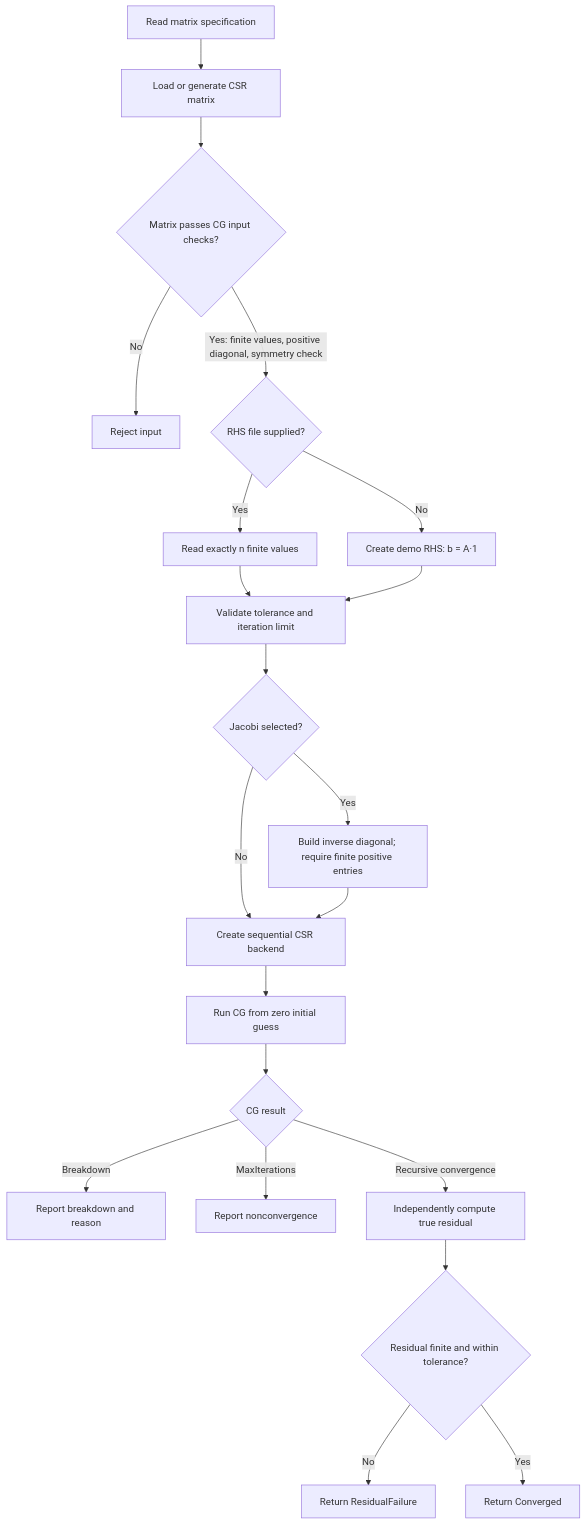
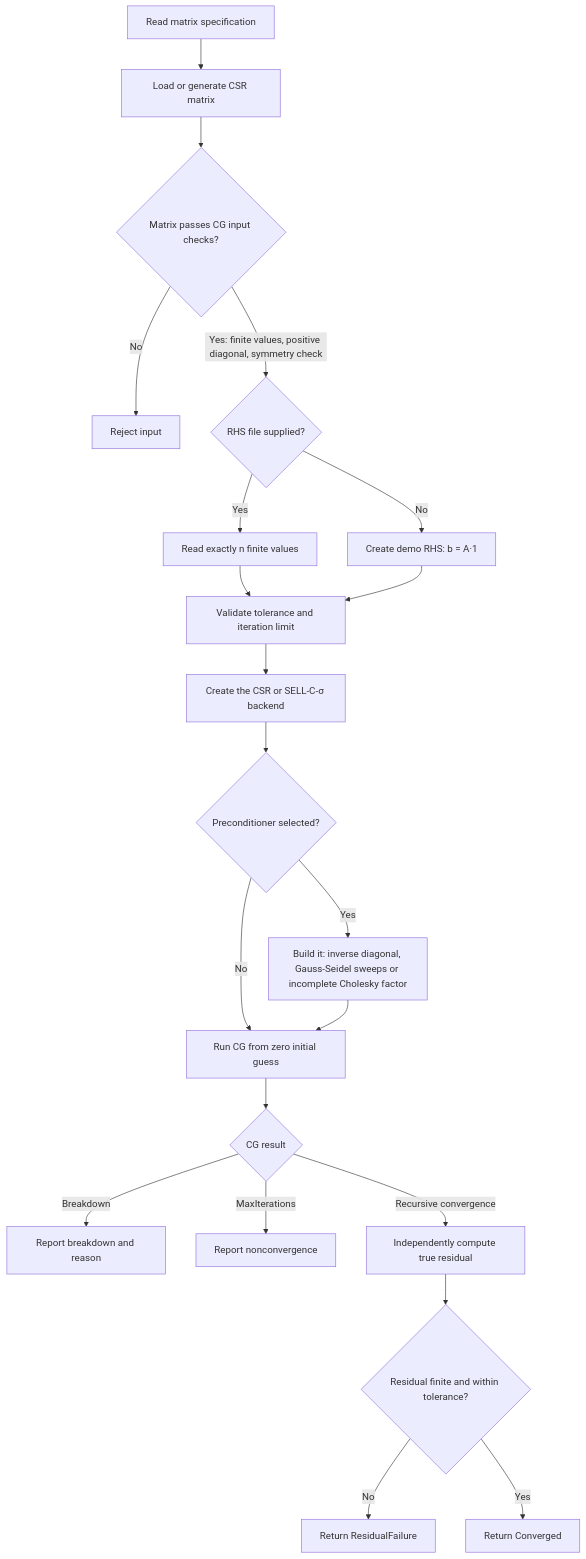
One commit to mkaya95/PRS_Sparse_Linear_Systems_Solver changed the diagram in docs/solver-flow.md. Above: the diagram before and after it, drawn with Mermaid. The commit also changed other lines of this file and 1 other file, not shown here.

Commit message:
docs: backend before preconditioner in the solver flow, stale cg() comment

````diff
--- a/docs/solver-flow.md
+++ b/docs/solver-flow.md
@@ -5,23 +5,23 @@
 ```mermaid
 flowchart TD
     A["Read matrix specification"] --> B["Load or generate CSR matrix"]
     B --> C{"Matrix passes CG input checks?"}
     C -->|"No"| ERR["Reject input"]
     C -->|"Yes: finite values, positive diagonal, symmetry check"| D{"RHS file supplied?"}
     D -->|"Yes"| E["Read exactly n finite values"]
     D -->|"No"| F["Create demo RHS: b = A·1"]
     E --> G["Validate tolerance and iteration limit"]
     F --> G
-    G --> H{"Jacobi selected?"}
-    H -->|"Yes"| I["Build inverse diagonal; require finite positive entries"]
-    H -->|"No"| J["Create sequential CSR backend"]
-    I --> J
-    J --> K["Run CG from zero initial guess"]
+    G --> J["Create the CSR or SELL-C-σ backend"]
+    J --> H{"Preconditioner selected?"}
+    H -->|"Yes"| I["Build it: inverse diagonal, Gauss-Seidel sweeps or incomplete Cholesky factor"]
+    H -->|"No"| K["Run CG from zero initial guess"]
+    I --> K
     K --> L{"CG result"}
     L -->|"Breakdown"| M["Report breakdown and reason"]
     L -->|"MaxIterations"| N["Report nonconvergence"]
     L -->|"Recursive convergence"| O["Independently compute true residual"]
     O --> P{"Residual finite and within tolerance?"}
     P -->|"No"| Q["Return ResidualFailure"]
     P -->|"Yes"| R["Return Converged"]
 ```
````
